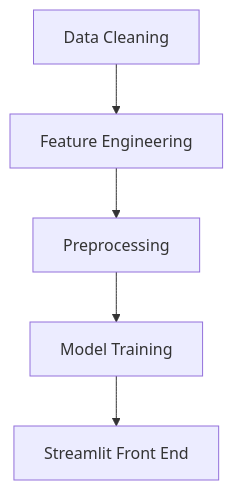
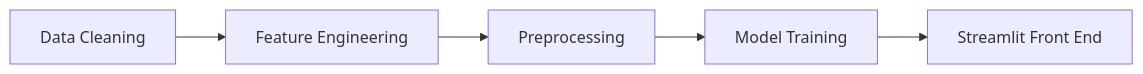
Before and after one commit to Jan0341/HIFP25: the diagram in README.md, drawn with Mermaid.

````diff
--- a/README.md
+++ b/README.md
@@ -8,7 +8,7 @@
 ```mermaid
-graph TD
+graph LR
     A[Data Cleaning] --> B[Feature Engineering]
     B --> C[Preprocessing]
     C --> D[Model Training]
     D --> E[Streamlit Front End]
 ```
````
